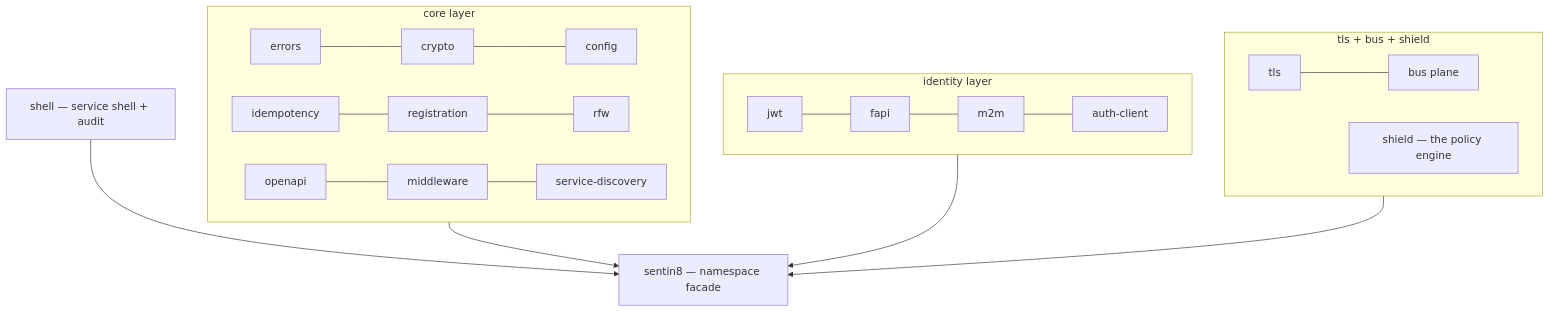
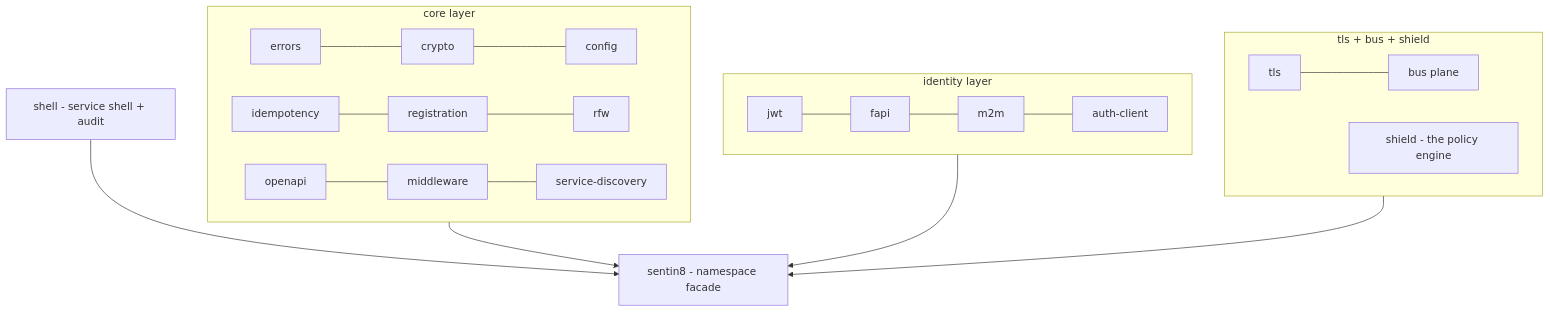
One commit to Sentin8/sentin8-site changed the diagram in docs/sdk/rust.md. Above: the diagram before and after it, drawn with Mermaid. The commit also changed other lines of this file and 105 other files, not shown here.

````diff
--- a/docs/sdk/rust.md
+++ b/docs/sdk/rust.md
@@ -9,18 +9,18 @@
 ```mermaid
 graph TD
     subgraph CORE["core layer"]
         ERR[errors] --- CRY[crypto] --- CFG[config]
         IDE[idempotency] --- REG[registration] --- RFW[rfw]
         OAS[openapi] --- MW[middleware] --- SD[service-discovery]
     end
     subgraph ID["identity layer"]
         JWT[jwt] --- FAPI[fapi] --- M2M[m2m] --- AUTHC[auth-client]
     end
     subgraph PLANES["tls + bus + shield"]
         TLS[tls] --- BUSC[bus plane]
-        SHIELD["shield — the policy engine"]
+        SHIELD["shield - the policy engine"]
     end
-    SHELL["shell — service shell + audit"]
-    FACADE["sentin8 — namespace facade"]
+    SHELL["shell - service shell + audit"]
+    FACADE["sentin8 - namespace facade"]
     CORE & ID & PLANES & SHELL --> FACADE
 ```
````
